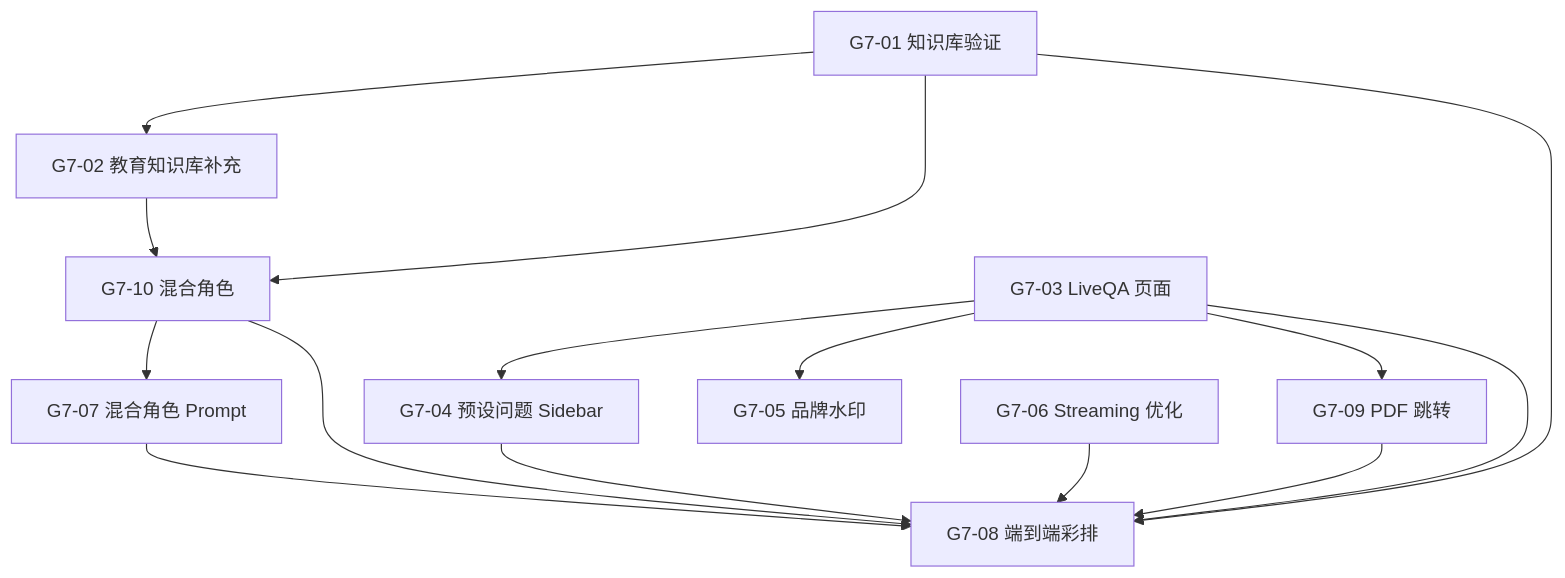
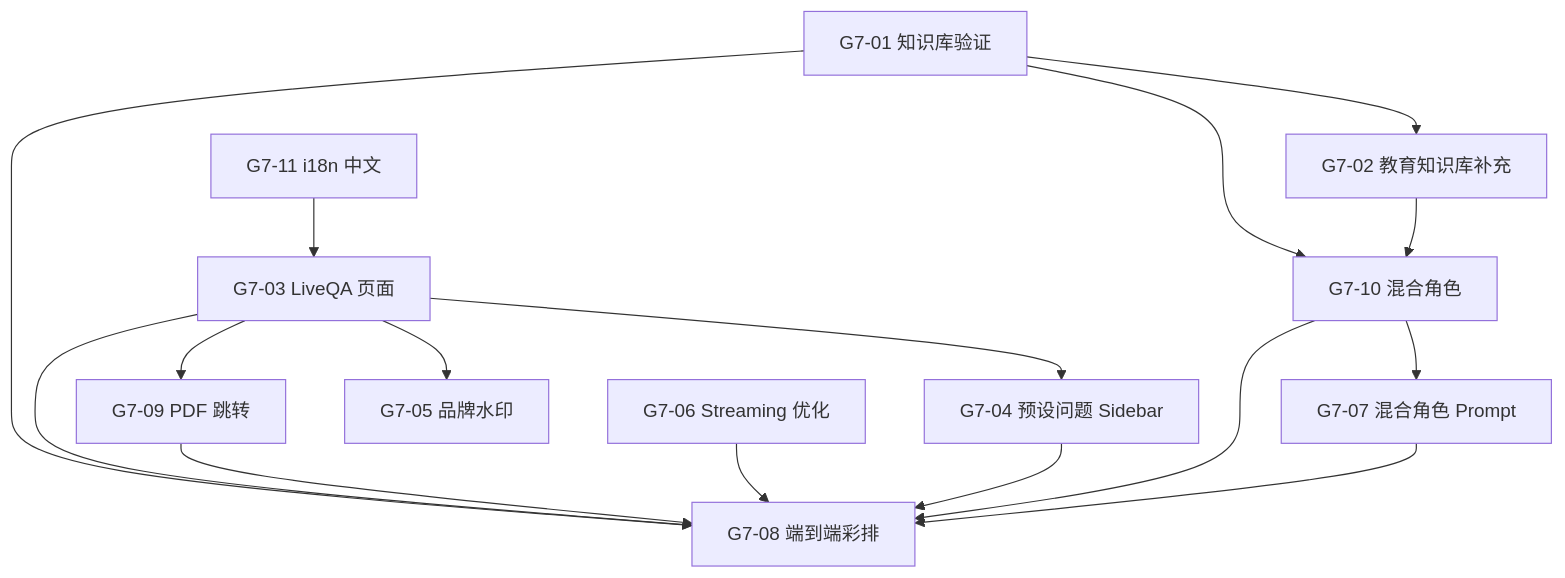
One commit to zhizhunbao/textbook-rag changed the diagram in .agent/workflows/rag-dev-v3/roadmap/36-sprint-g7-wechat-live-qa.md. Above: the diagram before and after it, drawn with Mermaid. The commit also changed other lines of this file and 61 other files, not shown here.

````diff
--- a/.agent/workflows/rag-dev-v3/roadmap/36-sprint-g7-wechat-live-qa.md
+++ b/.agent/workflows/rag-dev-v3/roadmap/36-sprint-g7-wechat-live-qa.md
@@ -475,17 +560,18 @@
 ```mermaid
 graph TD
     S01["G7-01 知识库验证"] --> S02["G7-02 教育知识库补充"]
     S01 --> S10["G7-10 混合角色"]
     S02 --> S10
     S10 --> S07["G7-07 混合角色 Prompt"]
     S03["G7-03 LiveQA 页面"] --> S04["G7-04 预设问题 Sidebar"]
     S03 --> S05["G7-05 品牌水印"]
     S03 --> S09["G7-09 PDF 跳转"]
+    S11["G7-11 i18n 中文"] --> S03
     S01 --> S08["G7-08 端到端彩排"]
     S03 --> S08
     S04 --> S08
     S06["G7-06 Streaming 优化"] --> S08
     S07 --> S08
     S09 --> S08
     S10 --> S08
 ```
````
